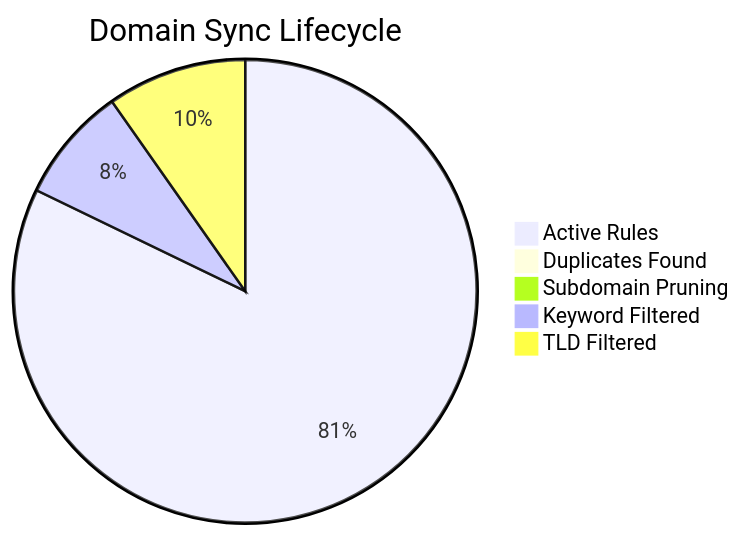
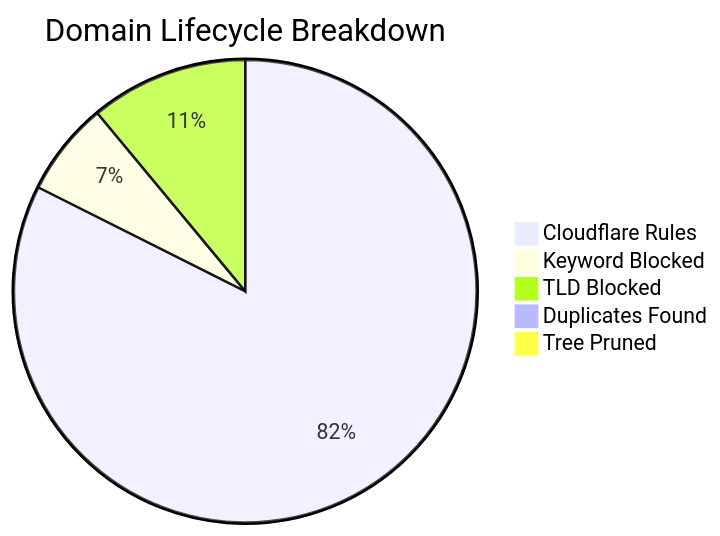
Before and after one commit to brojangles24/Cloudflare-ZeroTrust-AdBlock: the diagram in README_STATS.md, drawn with Mermaid. The commit also changed other lines of this file and 1 other file, not shown here.

````diff
--- a/README_STATS.md
+++ b/README_STATS.md
@@ -5,8 +5,8 @@
 ```mermaid
-pie title Domain Sync Lifecycle
-    "Active Rules" : 276407
-    "Duplicates Found" : 1297
-    "Subdomain Pruning" : 1990
-    "Keyword Filtered" : 27177
-    "TLD Filtered" : 32794
+pie title Domain Lifecycle Breakdown
+    "Cloudflare Rules" : 332244
+    "Keyword Blocked" : 26482
+    "TLD Blocked" : 44460
+    "Duplicates Found" : 1480
+    "Tree Pruned" : 2627
 ```
````
